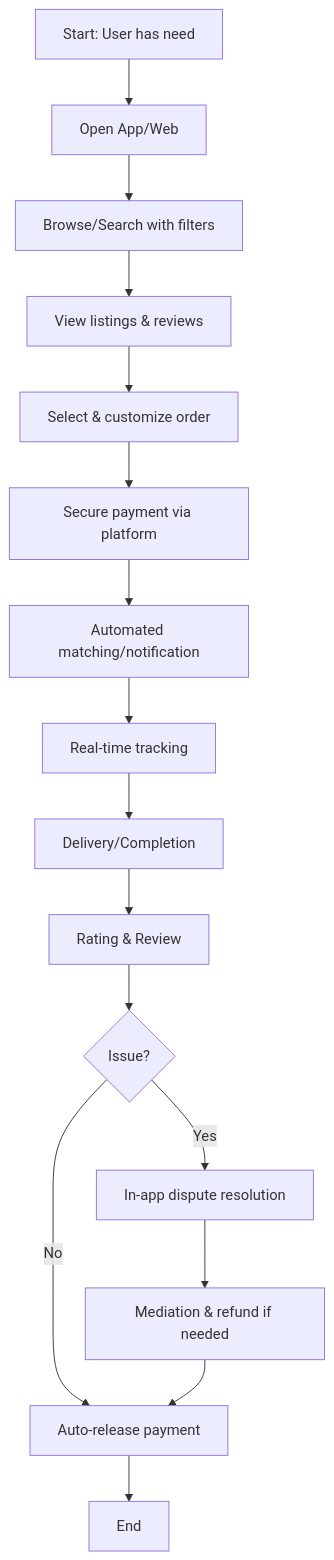
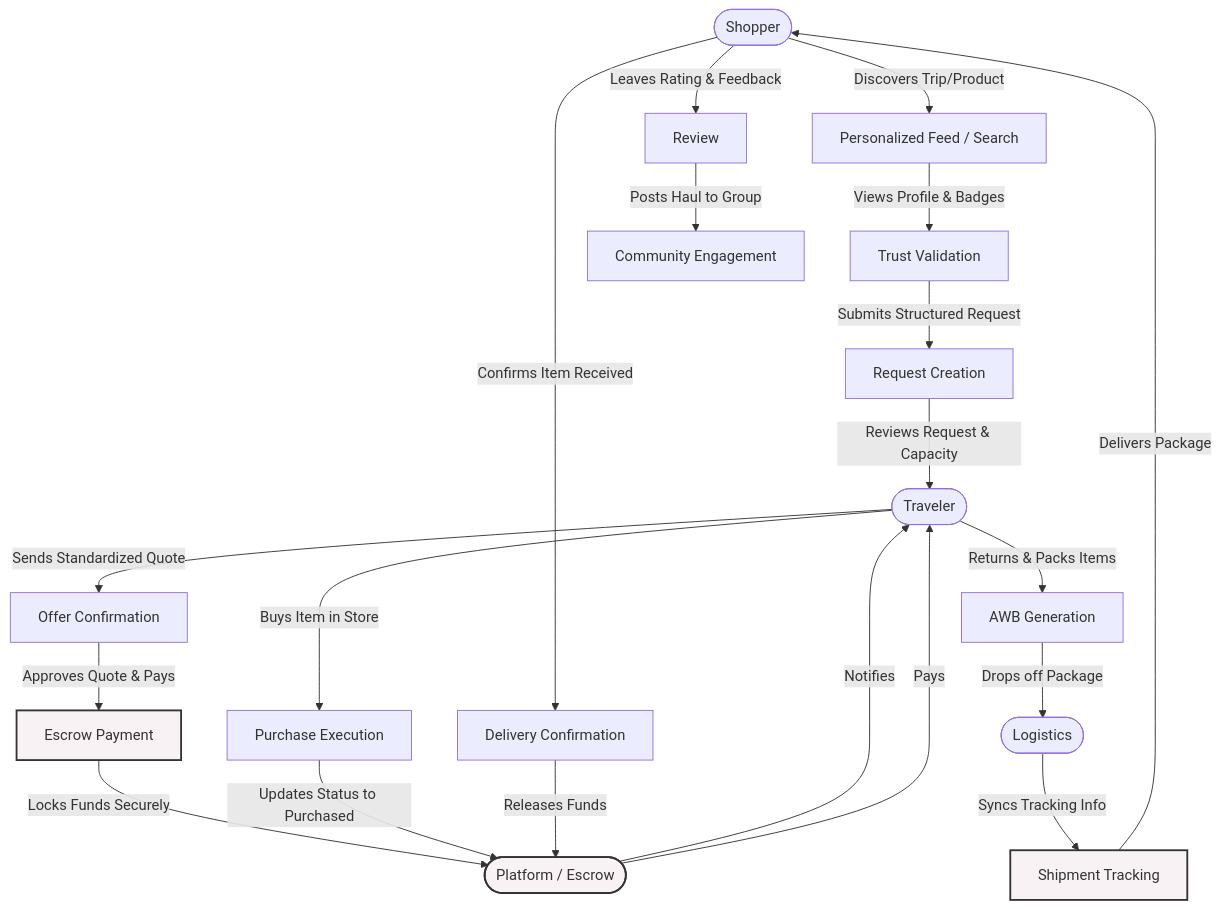
The diagram in docs/01-business/04-business-flow/to-be.md (JUNCASUNDRA/mytrip-mytitipan), drawn with Mermaid before and after one commit. The commit also changed other lines of this file and 2 other files, not shown here.

Commit message:
docs(business-flow): initialize business flow documentation

````diff
--- a/docs/01-business/04-business-flow/to-be.md
+++ b/docs/01-business/04-business-flow/to-be.md
@@ -14,18 +54,39 @@
 ```mermaid
-flowchart TD
-    A[Start: User has need] --> B[Open App/Web]
-    B --> C[Browse/Search with filters]
-    C --> D[View listings & reviews]
-    D --> E[Select & customize order]
-    E --> F[Secure payment via platform]
-    F --> G[Automated matching/notification]
-    G --> H[Real-time tracking]
-    H --> I[Delivery/Completion]
-    I --> J[Rating & Review]
-    J --> K{Issue?}
-    K -->|No| L[Auto-release payment]
-    K -->|Yes| M[In-app dispute resolution]
-    M --> N[Mediation & refund if needed]
-    N --> L
-    L --> O[End]
+graph TD
+    %% Actors
+    Shopper([Shopper])
+    Traveler([Traveler])
+    Platform([Platform / Escrow])
+    Logistics([Logistics])
+
+    %% Flow
+    Shopper -->|Discovers Trip/Product| A[Personalized Feed / Search]
+    A -->|Views Profile & Badges| B[Trust Validation]
+    B -->|Submits Structured Request| C[Request Creation]
+    C -->|Reviews Request & Capacity| Traveler
+    Traveler -->|Sends Standardized Quote| D[Offer Confirmation]
+    D -->|Approves Quote & Pays| E[Escrow Payment]
+    
+    E -->|Locks Funds Securely| Platform
+    Platform -->|Notifies| Traveler
+    
+    Traveler -->|Buys Item in Store| F[Purchase Execution]
+    F -->|Updates Status to Purchased| Platform
+    
+    Traveler -->|Returns & Packs Items| G[AWB Generation]
+    G -->|Drops off Package| Logistics
+    
+    Logistics -->|Syncs Tracking Info| H[Shipment Tracking]
+    H -->|Delivers Package| Shopper
+    
+    Shopper -->|Confirms Item Received| I[Delivery Confirmation]
+    I -->|Releases Funds| Platform
+    Platform -->|Pays| Traveler
+    
+    Shopper -->|Leaves Rating & Feedback| J[Review]
+    J -->|Posts Haul to Group| K[Community Engagement]
+    
+    %% Styling
+    classDef platform fill:#f9f2f4,stroke:#333,stroke-width:2px;
+    class E,Platform,H platform;
 ```
````
